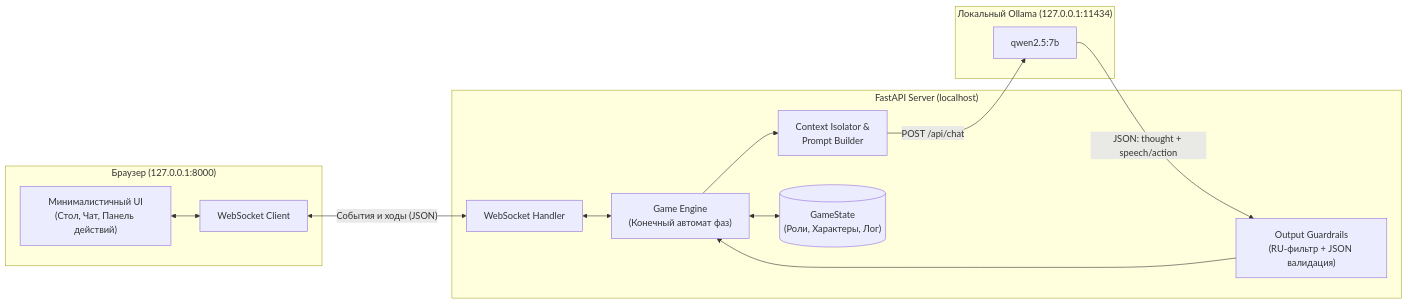
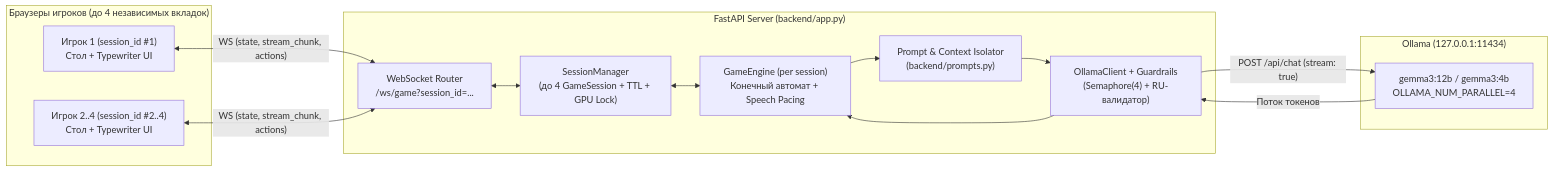
One commit to RuslanShams/mafiaAI changed the first of 3 diagrams in PLAN.md. Above: the diagram before and after it, drawn with Mermaid. The commit also changed other lines of this file and 11 other files, not shown here.

Commit message:
Add multi-session GPU support, speech typewriter pacing, deploy scripts, and updated docs

````diff
--- a/PLAN.md
+++ b/PLAN.md
@@ -38,29 +37,30 @@
 ```mermaid
 flowchart LR
-    subgraph Browser["Браузер (127.0.0.1:8000)"]
-        UI["Минималистичный UI\n(Стол, Чат, Панель действий)"]
-        WSClient["WebSocket Client"]
-        UI <--> WSClient
+    subgraph Browsers["Браузеры игроков (до 4 независимых вкладок)"]
+        Tab1["Игрок 1 (session_id #1)\nСтол + Typewriter UI"]
+        TabN["Игрок 2..4 (session_id #2..4)\nСтол + Typewriter UI"]
     end
 
-    subgraph Backend["FastAPI Server (localhost)"]
-        WSServer["WebSocket Handler"]
-        Engine["Game Engine\n(Конечный автомат фаз)"]
-        ContextBuilder["Context Isolator &\nPrompt Builder"]
-        Validator["Output Guardrails\n(RU-фильтр + JSON валидация)"]
-        State[("GameState\n(Роли, Характеры, Лог)")]
+    subgraph Backend["FastAPI Server (backend/app.py)"]
+        WS["WebSocket Router\n/ws/game?session_id=..."]
+        SM["SessionManager\n(до 4 GameSession + TTL + GPU Lock)"]
+        Engine["GameEngine (per session)\nКонечный автомат + Speech Pacing"]
+        Prompts["Prompt & Context Isolator\n(backend/prompts.py)"]
+        Client["OllamaClient + Guardrails\n(Semaphore(4) + RU-валидатор)"]
 
-        WSServer <--> Engine
-        Engine <--> State
-        Engine --> ContextBuilder
-        Validator --> Engine
+        WS <--> SM
+        SM <--> Engine
+        Engine --> Prompts
+        Prompts --> Client
+        Client --> Engine
     end
 
-    subgraph LLM["Локальный Ollama (127.0.0.1:11434)"]
-        Qwen["qwen2.5:7b"]
+    subgraph LLM["Ollama (127.0.0.1:11434)"]
+        Model["gemma3:12b / gemma3:4b\nOLLAMA_NUM_PARALLEL=4"]
     end
 
-    WSClient <-->|"События и ходы (JSON)"| WSServer
-    ContextBuilder -->|"POST /api/chat"| Qwen
-    Qwen -->|"JSON: thought + speech/action"| Validator
+    Tab1 <-->|"WS (state, stream_chunk, actions)"| WS
+    TabN <-->|"WS (state, stream_chunk, actions)"| WS
+    Client -->|"POST /api/chat (stream: true)"| Model
+    Model -->|"Поток токенов"| Client
 ```
````
